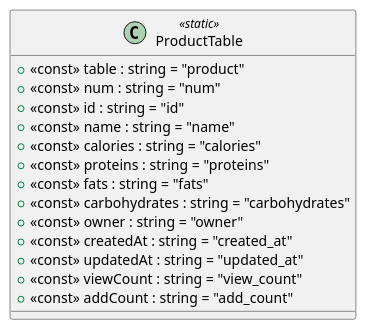
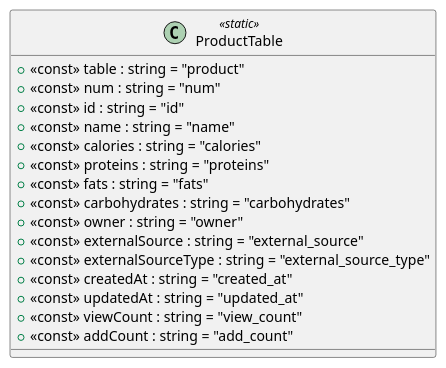
One commit to nikita-mlygin/ProperNutritionDiary changed the diagram in plantuml/src/Product/ProperNutritionDiary.Product.Persistence/Product/TableDefinition/ProductTable.puml. Above: the diagram before and after it, drawn with PlantUML. The commit also changed 166 other files, not shown here.

```diff
--- a/plantuml/src/Product/ProperNutritionDiary.Product.Persistence/Product/TableDefinition/ProductTable.puml
+++ b/plantuml/src/Product/ProperNutritionDiary.Product.Persistence/Product/TableDefinition/ProductTable.puml
@@ -1,17 +1,19 @@
 @startuml
 class ProductTable <<static>> {
     + <<const>> table : string = "product"
     + <<const>> num : string = "num"
     + <<const>> id : string = "id"
     + <<const>> name : string = "name"
     + <<const>> calories : string = "calories"
     + <<const>> proteins : string = "proteins"
     + <<const>> fats : string = "fats"
     + <<const>> carbohydrates : string = "carbohydrates"
     + <<const>> owner : string = "owner"
+    + <<const>> externalSource : string = "external_source"
+    + <<const>> externalSourceType : string = "external_source_type"
     + <<const>> createdAt : string = "created_at"
     + <<const>> updatedAt : string = "updated_at"
     + <<const>> viewCount : string = "view_count"
     + <<const>> addCount : string = "add_count"
 }
 @enduml
```
